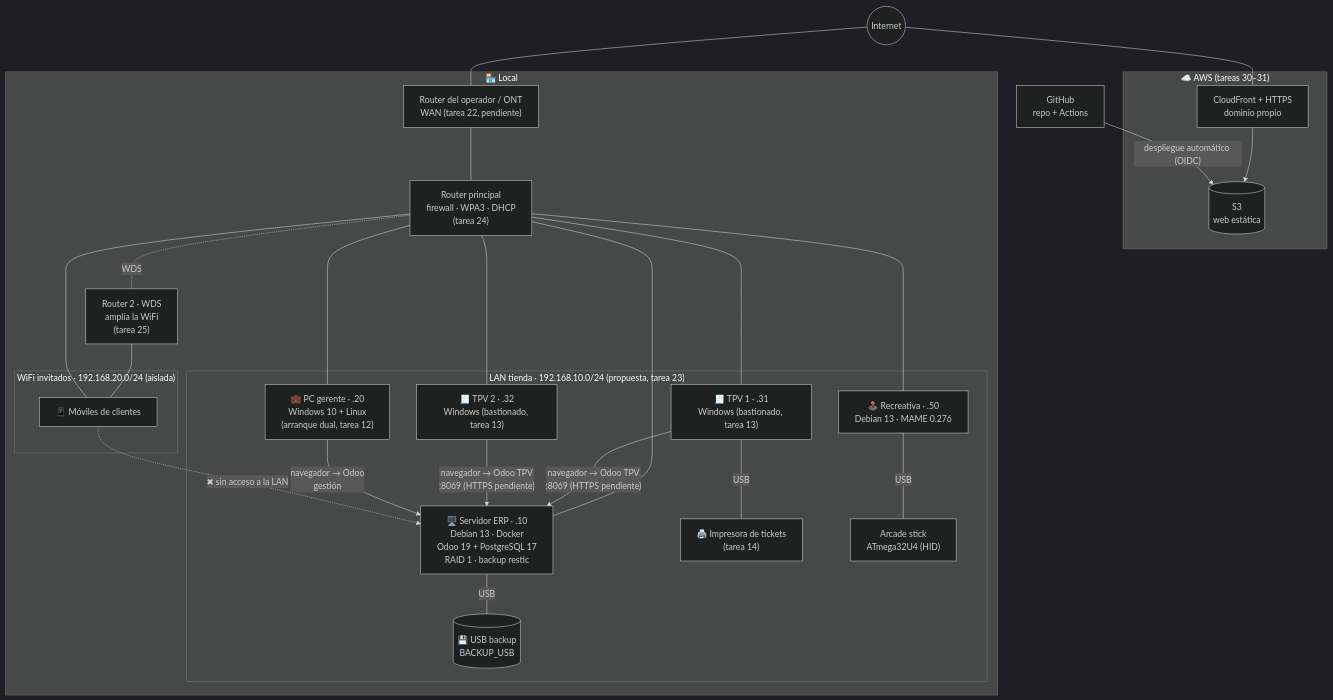
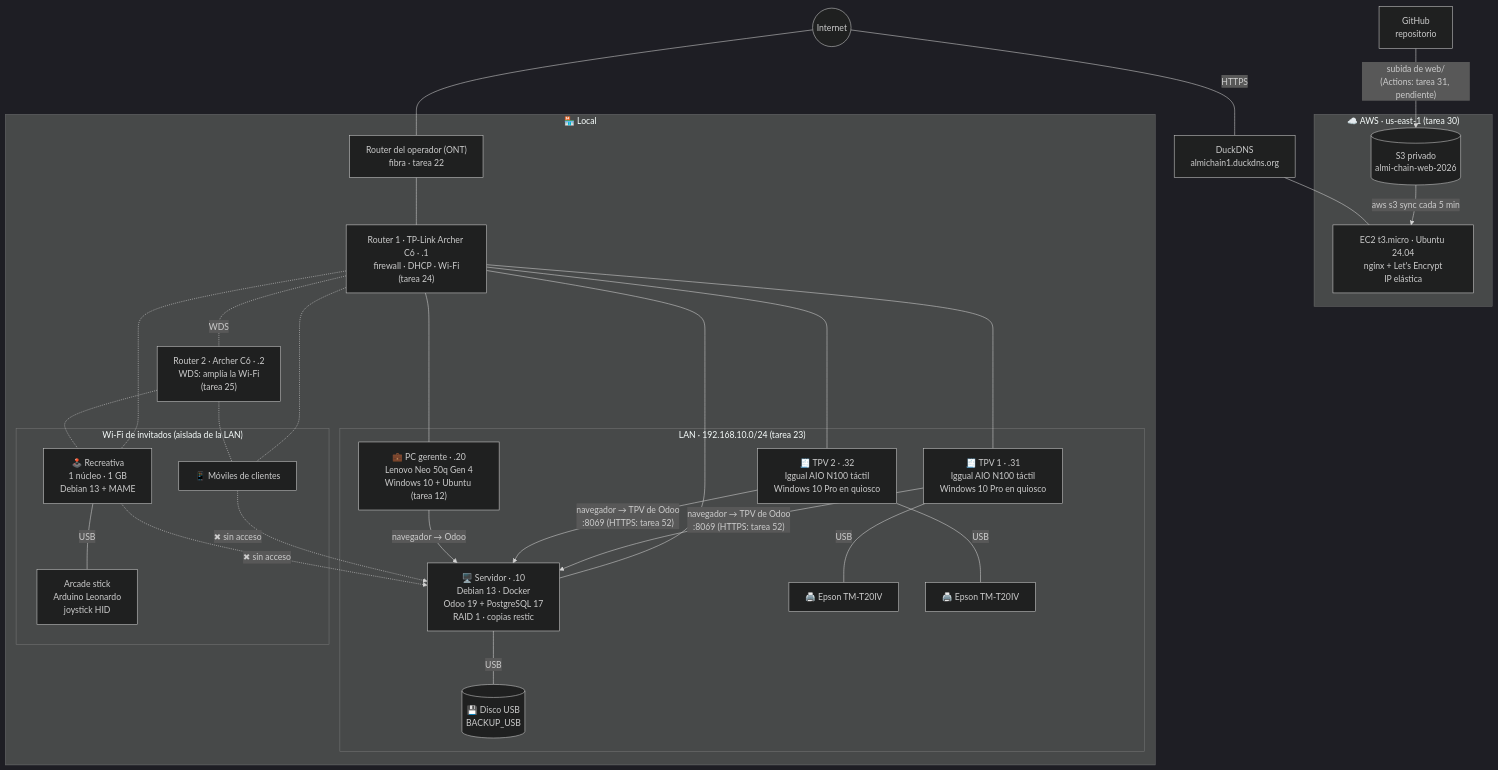
The diagram in docs/diagramas/11-arquitectura-equipos/DIAGRAMA.md (zHGx-alt/Reto-Asir), drawn with Mermaid (dark theme) before and after one commit. The commit also changed other lines of this file and 14 other files, not shown here.

First line of the commit message:
gestion: diagrama de arquitectura al día, stick como joystick y contraseñas robustas

````diff
--- a/docs/diagramas/11-arquitectura-equipos/DIAGRAMA.md
+++ b/docs/diagramas/11-arquitectura-equipos/DIAGRAMA.md
@@ -12,47 +11,49 @@
 ```mermaid
 flowchart TB
     internet((Internet))
 
-    subgraph AWS["☁️ AWS (tareas 30–31)"]
-        cf["CloudFront + HTTPS<br/>dominio propio"]
-        s3[("S3<br/>web estática")]
-        cf --> s3
+    subgraph AWS["☁️ AWS · us-east-1 (tarea 30)"]
+        s3[("S3 privado<br/>almi-chain-web-2026")]
+        ec2["EC2 t3.micro · Ubuntu 24.04<br/>nginx + Let's Encrypt<br/>IP elástica"]
+        s3 -- "aws s3 sync cada 5 min" --> ec2
     end
-    gh["GitHub<br/>repo + Actions"] -- "despliegue automático (OIDC)" --> s3
+    dns["DuckDNS<br/>almichain1.duckdns.org"]
+    gh["GitHub<br/>repositorio"] -- "subida de web/<br/>(Actions: tarea 31, pendiente)" --> s3
 
-    internet --- cf
-    internet --- ont["Router del operador / ONT<br/>WAN (tarea 22, pendiente)"]
+    internet -- "HTTPS" --- dns --- ec2
+    internet --- ont["Router del operador (ONT)<br/>fibra · tarea 22"]
 
     subgraph LOCAL["🏪 Local"]
-        router["Router principal<br/>firewall · WPA3 · DHCP<br/>(tarea 24)"]
-        wds["Router 2 · WDS<br/>amplía la WiFi<br/>(tarea 25)"]
+        router["Router 1 · TP-Link Archer C6 · .1<br/>firewall · DHCP · Wi-Fi<br/>(tarea 24)"]
+        wds["Router 2 · Archer C6 · .2<br/>WDS: amplía la Wi-Fi<br/>(tarea 25)"]
         ont --- router
         router -. "WDS" .- wds
 
-        subgraph LAN["LAN tienda · 192.168.10.0/24 (propuesta, tarea 23)"]
-            srv["🖥️ Servidor ERP · .10<br/>Debian 13 · Docker<br/>Odoo 19 + PostgreSQL 17<br/>RAID 1 · backup restic"]
-            usb[("💾 USB backup<br/>BACKUP_USB")]
-            ger["💼 PC gerente · .20<br/>Windows 10 + Linux<br/>(arranque dual, tarea 12)"]
-            tpv1["🧾 TPV 1 · .31<br/>Windows (bastionado, tarea 13)"]
-            tpv2["🧾 TPV 2 · .32<br/>Windows (bastionado, tarea 13)"]
-            imp["🖨️ Impresora de tickets<br/>(tarea 14)"]
-            rec["🕹️ Recreativa · .50<br/>Debian 13 · MAME 0.276"]
-            stick["Arcade stick<br/>ATmega32U4 (HID)"]
+        subgraph LAN["LAN · 192.168.10.0/24 (tarea 23)"]
+            srv["🖥️ Servidor · .10<br/>Debian 13 · Docker<br/>Odoo 19 + PostgreSQL 17<br/>RAID 1 · copias restic"]
+            usb[("💾 Disco USB<br/>BACKUP_USB")]
+            ger["💼 PC gerente · .20<br/>Lenovo Neo 50q Gen 4<br/>Windows 10 + Ubuntu (tarea 12)"]
+            tpv1["🧾 TPV 1 · .31<br/>Iggual AIO N100 táctil<br/>Windows 10 Pro en quiosco"]
+            tpv2["🧾 TPV 2 · .32<br/>Iggual AIO N100 táctil<br/>Windows 10 Pro en quiosco"]
+            imp1["🖨️ Epson TM-T20IV"]
+            imp2["🖨️ Epson TM-T20IV"]
         end
 
-        subgraph INV["WiFi invitados · 192.168.20.0/24 (aislada)"]
+        subgraph INV["Wi-Fi de invitados (aislada de la LAN)"]
             cli["📱 Móviles de clientes"]
+            rec["🕹️ Recreativa<br/>1 núcleo · 1 GB<br/>Debian 13 + MAME"]
+            stick["Arcade stick<br/>Arduino Leonardo<br/>joystick HID"]
         end
 
-        router --- srv & ger & tpv1 & tpv2 & rec
-        wds --- cli
-        router --- cli
+        router --- srv & ger & tpv1 & tpv2
+        router & wds -.- cli & rec
         srv -- "USB" --- usb
-        tpv1 -- "USB" --- imp
+        tpv1 -- "USB" --- imp1
+        tpv2 -- "USB" --- imp2
         rec -- "USB" --- stick
     end
 
-    tpv1 & tpv2 -- "navegador → Odoo TPV<br/>:8069 (HTTPS pendiente)" --> srv
-    ger -- "navegador → Odoo<br/>gestión" --> srv
-    cli -. "✖ sin acceso a la LAN" .-> srv
+    tpv1 & tpv2 -- "navegador → TPV de Odoo<br/>:8069 (HTTPS: tarea 52)" --> srv
+    ger -- "navegador → Odoo" --> srv
+    cli & rec -. "✖ sin acceso" .-> srv
 ```
````
